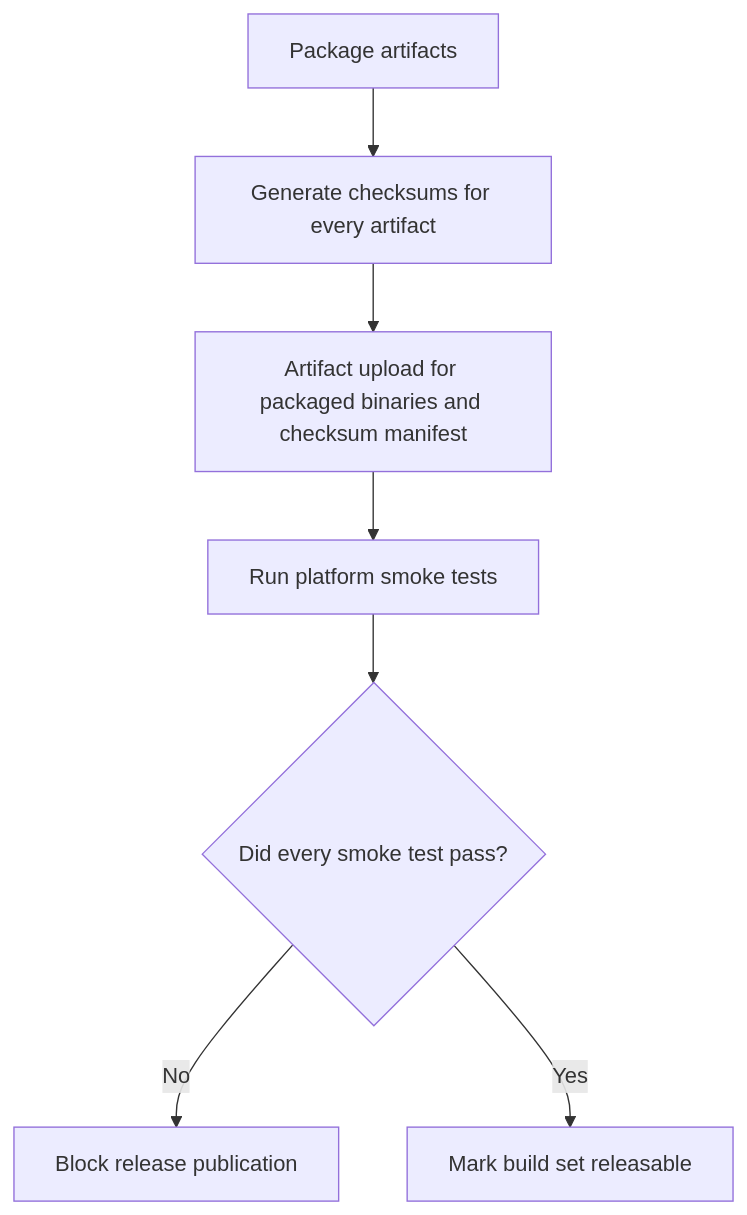
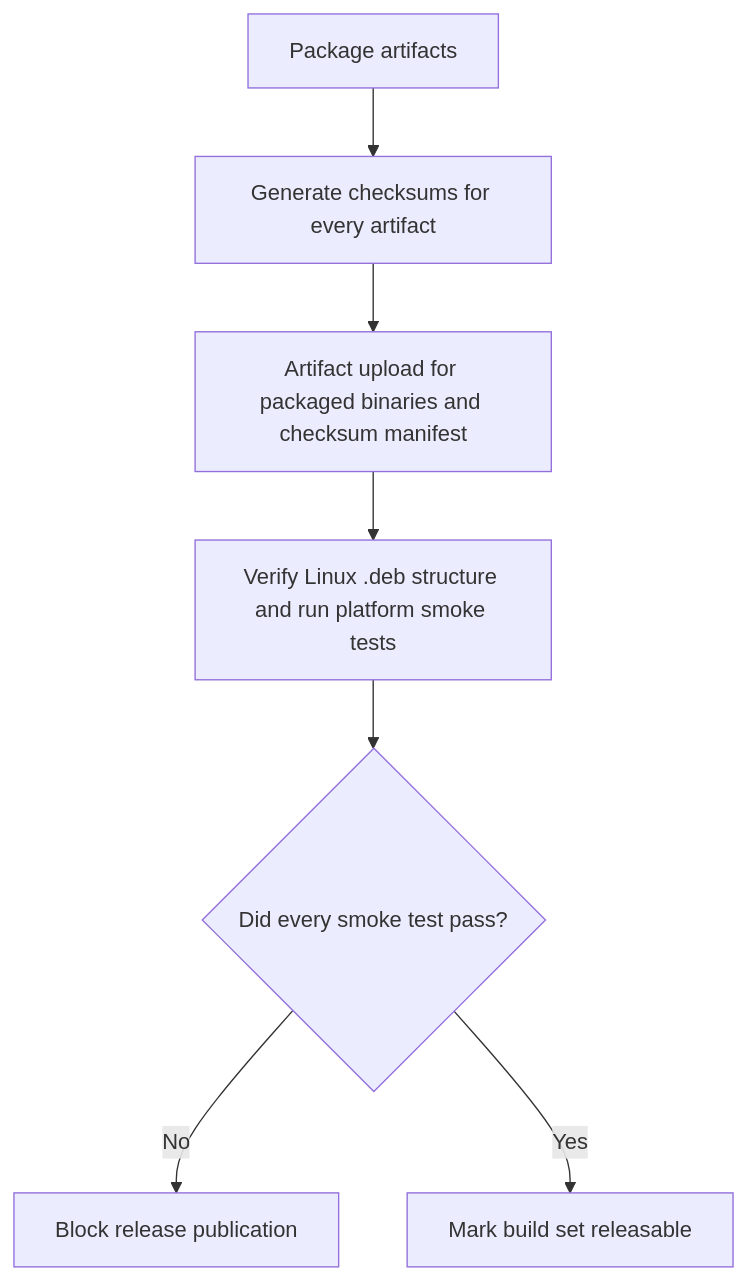
One commit to vivekvedant/prune-guard changed the second of 3 diagrams in flowcharts/cross-platform-build-distribution.md. Above: the diagram before and after it, drawn with Mermaid. The commit also changed other lines of this file and 5 other files, not shown here.

Commit message:
feat(release): package linux artifacts as deb

````diff
--- a/flowcharts/cross-platform-build-distribution.md
+++ b/flowcharts/cross-platform-build-distribution.md
@@ -18,9 +18,9 @@
 ```mermaid
 flowchart TD
     A[Package artifacts] --> B[Generate checksums for every artifact]
     B --> C[Artifact upload for packaged binaries and checksum manifest]
-    C --> D[Run platform smoke tests]
+    C --> D[Verify Linux .deb structure and run platform smoke tests]
     D --> E{Did every smoke test pass?}
     E -- No --> F[Block release publication]
     E -- Yes --> G[Mark build set releasable]
 ```
````
